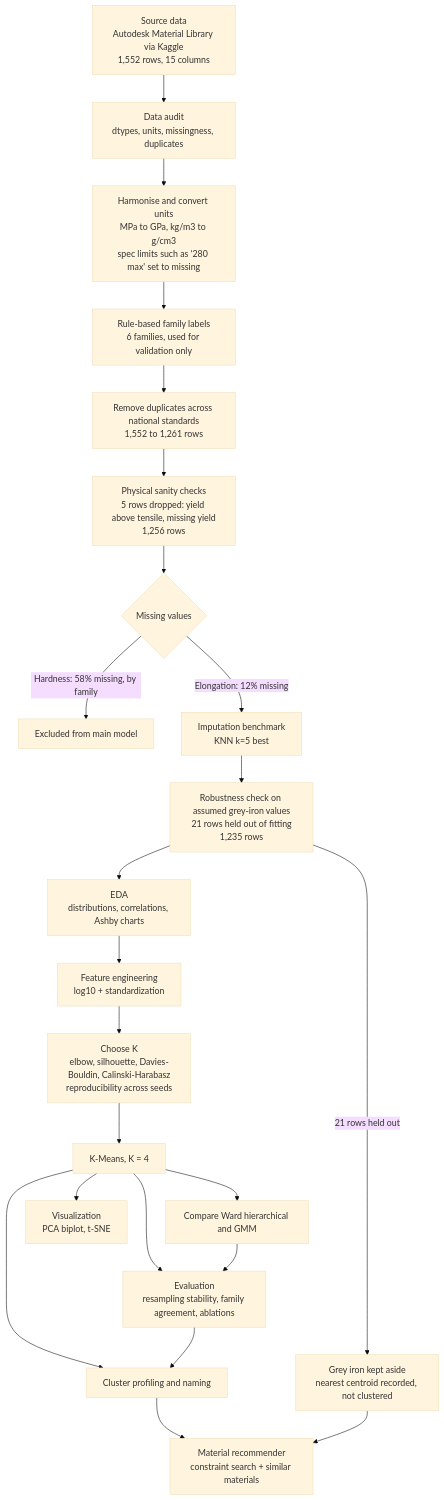
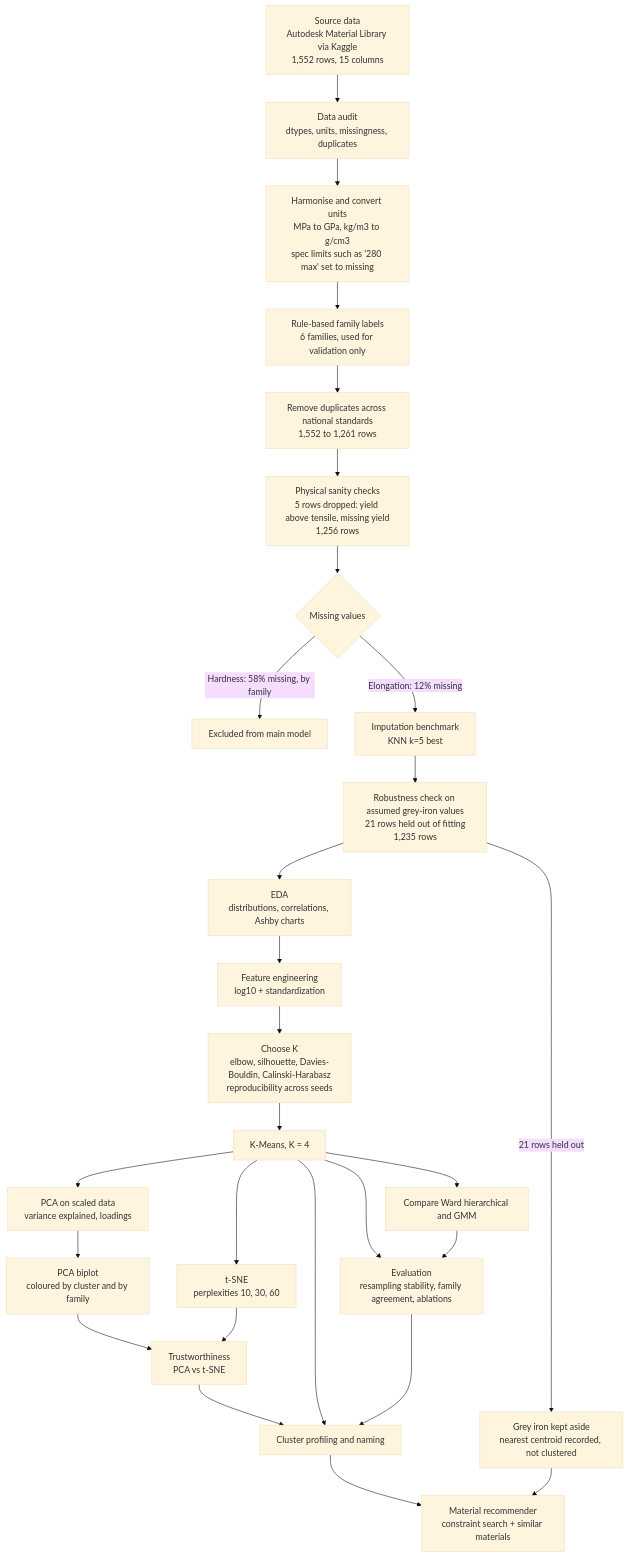
Before and after one commit to maddy177/materials-clustering: the diagram in README.md, drawn with Mermaid (base theme). The commit also changed 2 other files, not shown here.

Commit message:
Add search-space reduction, application table and expanded workflow diagram

````diff
--- a/README.md
+++ b/README.md
@@ -17,25 +17,30 @@
 ```mermaid
 flowchart TD
     A["Source data<br/>Autodesk Material Library via Kaggle<br/>1,552 rows, 15 columns"] --> B["Data audit<br/>dtypes, units, missingness, duplicates"]
     B --> C["Harmonise and convert units<br/>MPa to GPa, kg/m3 to g/cm3<br/>spec limits such as '280 max' set to missing"]
     C --> D["Rule-based family labels<br/>6 families, used for validation only"]
     D --> E["Remove duplicates across national standards<br/>1,552 to 1,261 rows"]
     E --> F["Physical sanity checks<br/>5 rows dropped: yield above tensile, missing yield<br/>1,256 rows"]
     F --> G{"Missing values"}
     G -->|"Hardness: 58% missing, by family"| H["Excluded from main model"]
     G -->|"Elongation: 12% missing"| I["Imputation benchmark<br/>KNN k=5 best"]
     I --> J["Robustness check on assumed grey-iron values<br/>21 rows held out of fitting<br/>1,235 rows"]
     J --> K["EDA<br/>distributions, correlations, Ashby charts"]
     K --> L["Feature engineering<br/>log10 + standardization"]
     L --> M["Choose K<br/>elbow, silhouette, Davies-Bouldin, Calinski-Harabasz<br/>reproducibility across seeds"]
     M --> N["K-Means, K = 4"]
     N --> O["Compare Ward hierarchical and GMM"]
-    N --> P["Visualization<br/>PCA biplot, t-SNE"]
+    N --> P1["PCA on scaled data<br/>variance explained, loadings"]
+    P1 --> P2["PCA biplot<br/>coloured by cluster and by family"]
+    N --> P3["t-SNE<br/>perplexities 10, 30, 60"]
+    P2 --> P4["Trustworthiness<br/>PCA vs t-SNE"]
+    P3 --> P4
+    P4 --> R
     N --> Q["Evaluation<br/>resampling stability, family agreement, ablations"]
     O --> Q
     N --> R["Cluster profiling and naming"]
     Q --> R
     J -->|"21 rows held out"| S["Grey iron kept aside<br/>nearest centroid recorded, not clustered"]
     R --> T["Material recommender<br/>constraint search + similar materials"]
     S --> T
 ```
````
